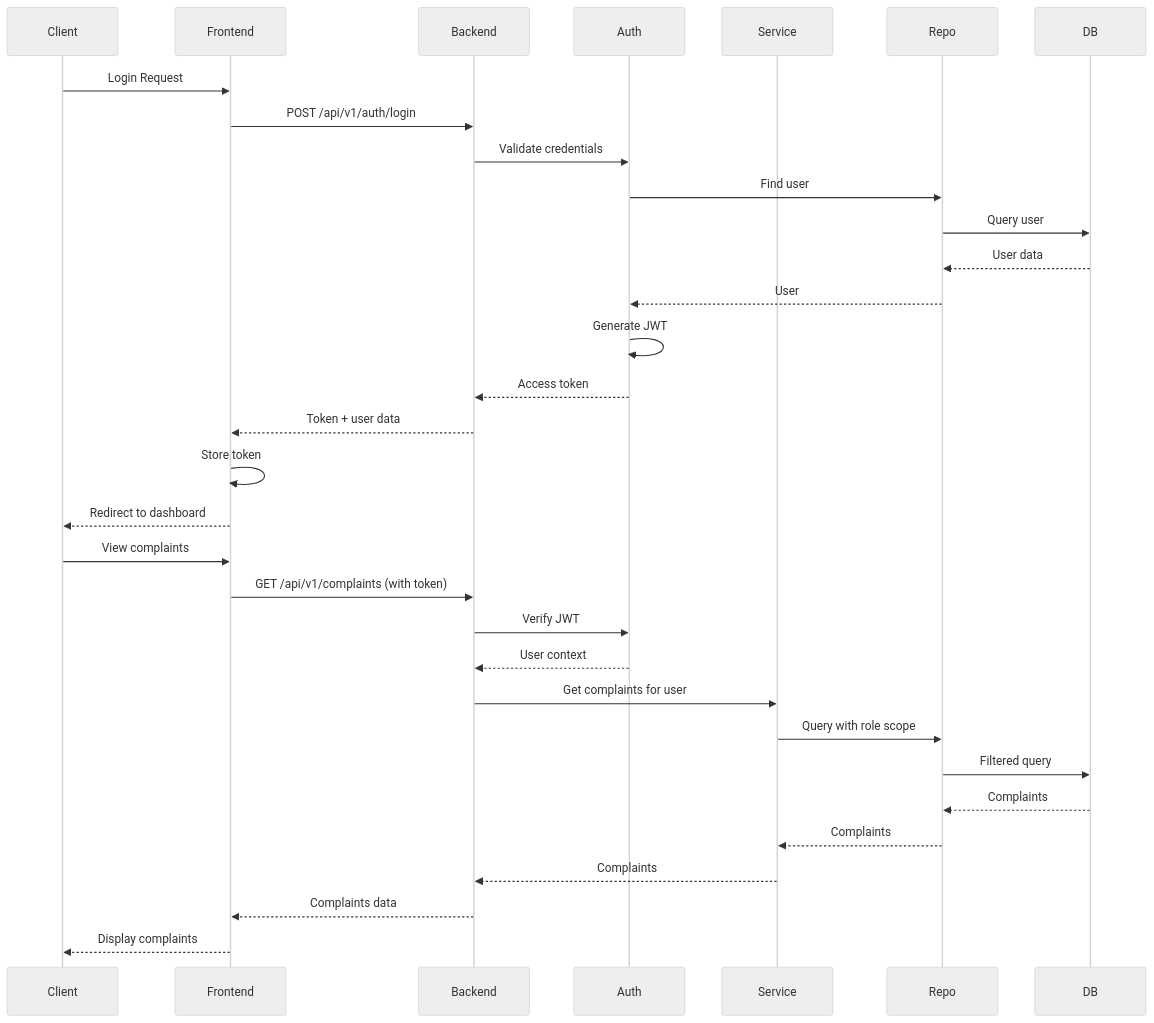
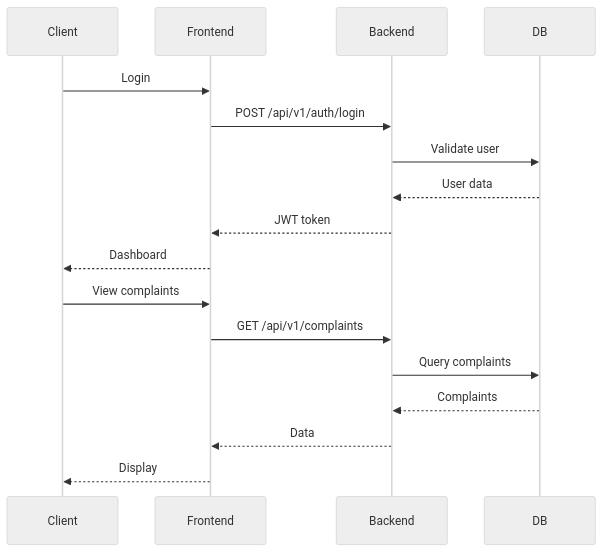
One commit to SakshiP07/Customer-Complaint-Management changed the second of 3 diagrams in README.md. Above: the diagram before and after it, drawn with Mermaid (neutral theme). The commit also changed other lines of this file, not shown here.

Commit message:
docs: simplify LLD diagrams, remove ASCII versions

````diff
--- a/README.md
+++ b/README.md
@@ -163,36 +103,21 @@
 ```mermaid
 sequenceDiagram
     participant Client
     participant Frontend
     participant Backend
-    participant Auth
-    participant Service
-    participant Repo
     participant DB
 
-    Client->>Frontend: Login Request
+    Client->>Frontend: Login
     Frontend->>Backend: POST /api/v1/auth/login
-    Backend->>Auth: Validate credentials
-    Auth->>Repo: Find user
-    Repo->>DB: Query user
-    DB-->>Repo: User data
-    Repo-->>Auth: User
-    Auth->>Auth: Generate JWT
-    Auth-->>Backend: Access token
-    Backend-->>Frontend: Token + user data
-    Frontend->>Frontend: Store token
-    Frontend-->>Client: Redirect to dashboard
+    Backend->>DB: Validate user
+    DB-->>Backend: User data
+    Backend-->>Frontend: JWT token
+    Frontend-->>Client: Dashboard
 
     Client->>Frontend: View complaints
-    Frontend->>Backend: GET /api/v1/complaints (with token)
-    Backend->>Auth: Verify JWT
-    Auth-->>Backend: User context
-    Backend->>Service: Get complaints for user
-    Service->>Repo: Query with role scope
-    Repo->>DB: Filtered query
-    DB-->>Repo: Complaints
-    Repo-->>Service: Complaints
-    Service-->>Backend: Complaints
-    Backend-->>Frontend: Complaints data
-    Frontend-->>Client: Display complaints
+    Frontend->>Backend: GET /api/v1/complaints
+    Backend->>DB: Query complaints
+    DB-->>Backend: Complaints
+    Backend-->>Frontend: Data
+    Frontend-->>Client: Display
 ```
````
